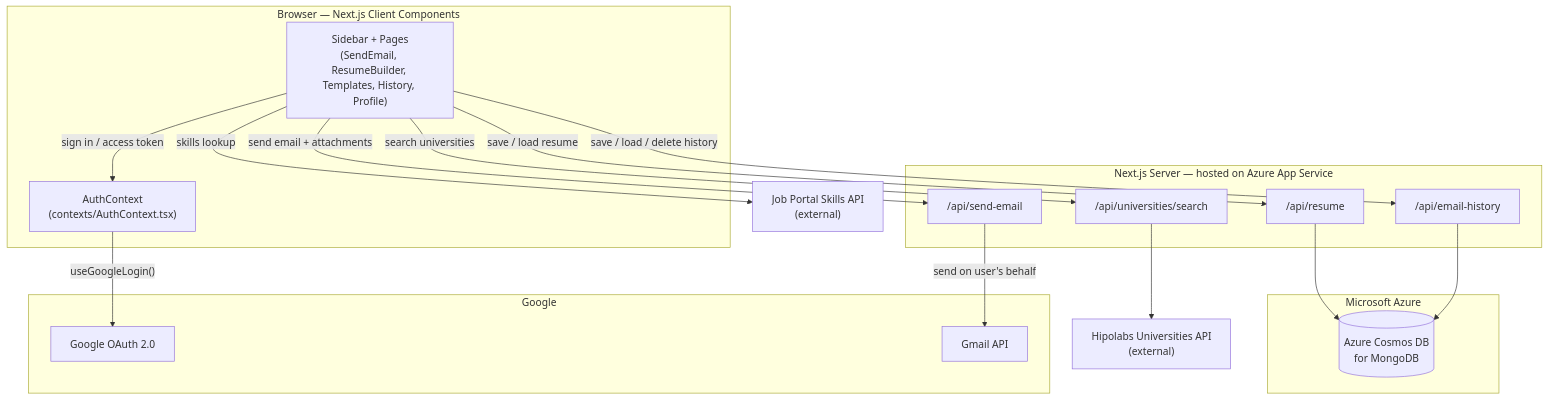
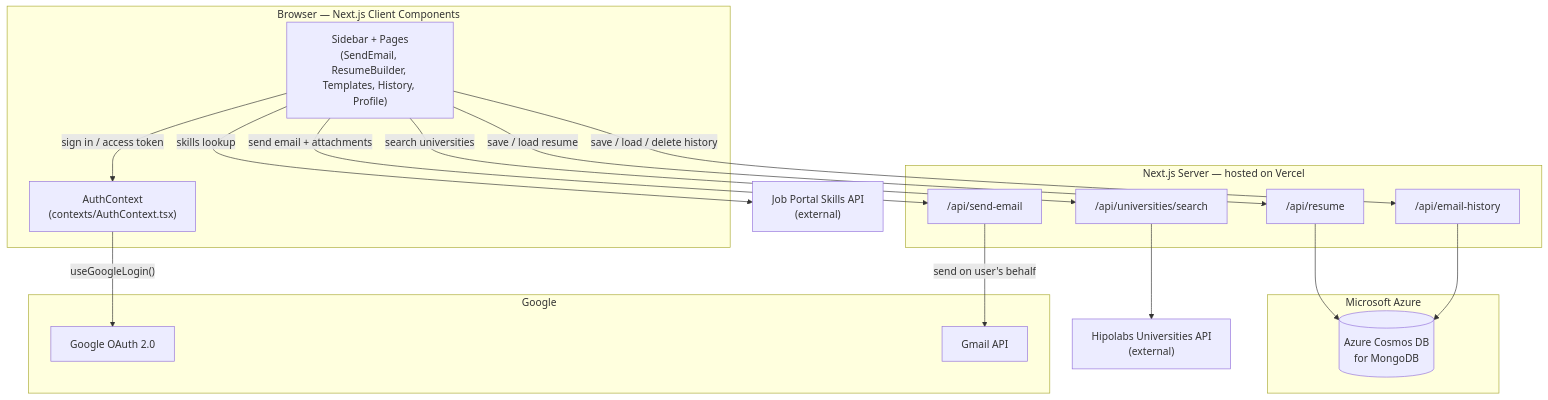
The first of 3 diagrams in README.md (ChamathDilshanC/Job_Email_Generator---Sender-Gmail-Outlook), drawn with Mermaid before and after one commit. The commit also changed other lines of this file and 2 other files, not shown here.

First line of the commit message:
APP V1.3.2 Update | Drop Azure App Service workflow, add release automation

````diff
--- a/README.md
+++ b/README.md
@@ -34,39 +35,39 @@
 ```mermaid
 graph TB
     subgraph Browser["Browser — Next.js Client Components"]
         UI["Sidebar + Pages\n(SendEmail, ResumeBuilder, Templates, History, Profile)"]
         AuthCtx["AuthContext\n(contexts/AuthContext.tsx)"]
     end
 
-    subgraph Server["Next.js Server — hosted on Azure App Service"]
+    subgraph Server["Next.js Server — hosted on Vercel"]
         R1["/api/resume"]
         R2["/api/email-history"]
         R3["/api/send-email"]
         R4["/api/universities/search"]
     end
 
     subgraph AzureCloud["Microsoft Azure"]
         Cosmos[("Azure Cosmos DB\nfor MongoDB")]
     end
 
     subgraph GoogleCloud["Google"]
         OAuth["Google OAuth 2.0"]
         Gmail["Gmail API"]
     end
 
     Skills["Job Portal Skills API\n(external)"]
     Uni["Hipolabs Universities API\n(external)"]
 
     UI -- "sign in / access token" --> AuthCtx
     AuthCtx -- "useGoogleLogin()" --> OAuth
     UI -- "save / load resume" --> R1
     UI -- "save / load / delete history" --> R2
     UI -- "send email + attachments" --> R3
     UI -- "search universities" --> R4
     UI -- "skills lookup" --> Skills
 
     R1 --> Cosmos
     R2 --> Cosmos
     R3 -- "send on user's behalf" --> Gmail
     R4 --> Uni
 ```
````
